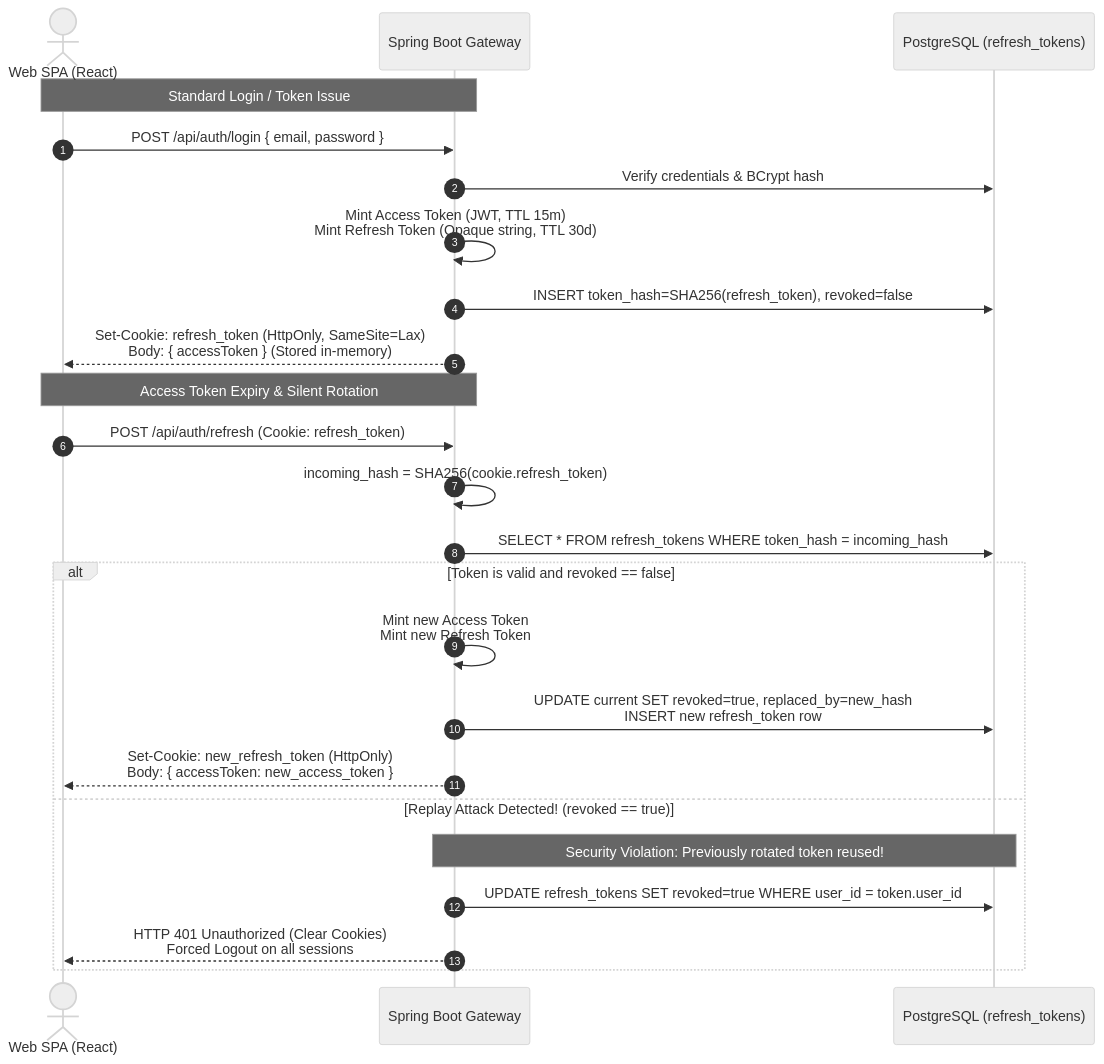
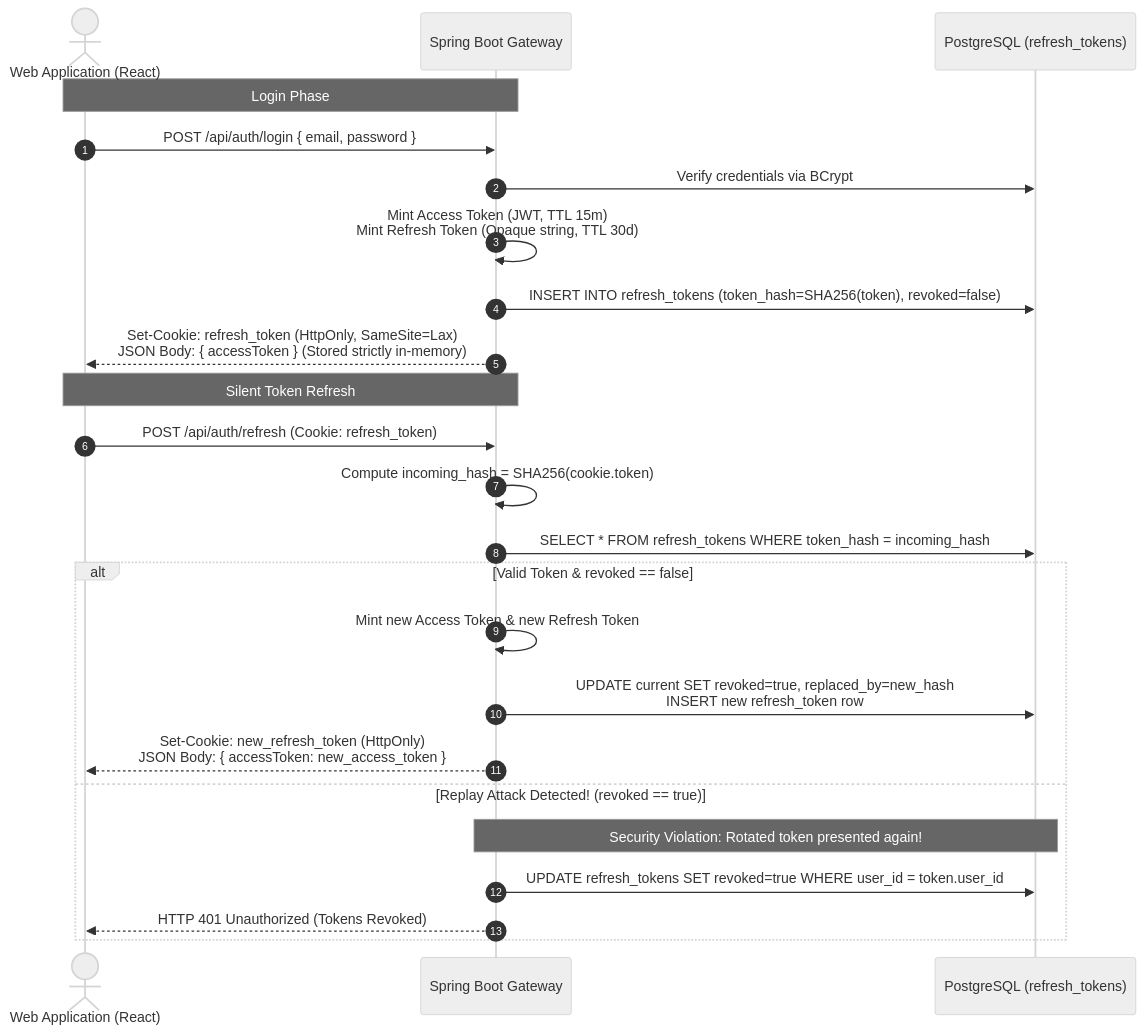
Before and after one commit to LNCT-Unix/AI-Powered-Upskilling-Platform: the fourth of 11 diagrams in DESIGN_FLOWCHARTS.md, drawn with Mermaid (neutral theme). The commit also changed other lines of this file, not shown here.

Commit message:
Updated flowcharts

````diff
--- a/DESIGN_FLOWCHARTS.md
+++ b/DESIGN_FLOWCHARTS.md
@@ -223,29 +184,29 @@
 ```mermaid
 sequenceDiagram
     autonumber
-    actor Client as Web SPA (React)
+    actor Client as Web Application (React)
     participant GW as Spring Boot Gateway
     participant DB as PostgreSQL (refresh_tokens)
 
-    Note over Client,GW: Standard Login / Token Issue
+    Note over Client,GW: Login Phase
     Client->>GW: POST /api/auth/login { email, password }
-    GW->>DB: Verify credentials & BCrypt hash
+    GW->>DB: Verify credentials via BCrypt
     GW->>GW: Mint Access Token (JWT, TTL 15m)<br/>Mint Refresh Token (Opaque string, TTL 30d)
-    GW->>DB: INSERT token_hash=SHA256(refresh_token), revoked=false
-    GW-->>Client: Set-Cookie: refresh_token (HttpOnly, SameSite=Lax)<br/>Body: { accessToken } (Stored in-memory)
+    GW->>DB: INSERT INTO refresh_tokens (token_hash=SHA256(token), revoked=false)
+    GW-->>Client: Set-Cookie: refresh_token (HttpOnly, SameSite=Lax)<br/>JSON Body: { accessToken } (Stored strictly in-memory)
 
-    Note over Client,GW: Access Token Expiry & Silent Rotation
+    Note over Client,GW: Silent Token Refresh
     Client->>GW: POST /api/auth/refresh (Cookie: refresh_token)
-    GW->>GW: incoming_hash = SHA256(cookie.refresh_token)
+    GW->>GW: Compute incoming_hash = SHA256(cookie.token)
     GW->>DB: SELECT * FROM refresh_tokens WHERE token_hash = incoming_hash
 
-    alt Token is valid and revoked == false
-        GW->>GW: Mint new Access Token<br/>Mint new Refresh Token
+    alt Valid Token & revoked == false
+        GW->>GW: Mint new Access Token & new Refresh Token
         GW->>DB: UPDATE current SET revoked=true, replaced_by=new_hash<br/>INSERT new refresh_token row
-        GW-->>Client: Set-Cookie: new_refresh_token (HttpOnly)<br/>Body: { accessToken: new_access_token }
+        GW-->>Client: Set-Cookie: new_refresh_token (HttpOnly)<br/>JSON Body: { accessToken: new_access_token }
     else Replay Attack Detected! (revoked == true)
-        Note over GW,DB: Security Violation: Previously rotated token reused!
+        Note over GW,DB: Security Violation: Rotated token presented again!
         GW->>DB: UPDATE refresh_tokens SET revoked=true WHERE user_id = token.user_id
-        GW-->>Client: HTTP 401 Unauthorized (Clear Cookies)<br/>Forced Logout on all sessions
+        GW-->>Client: HTTP 401 Unauthorized (Tokens Revoked)
     end
 ```
````
